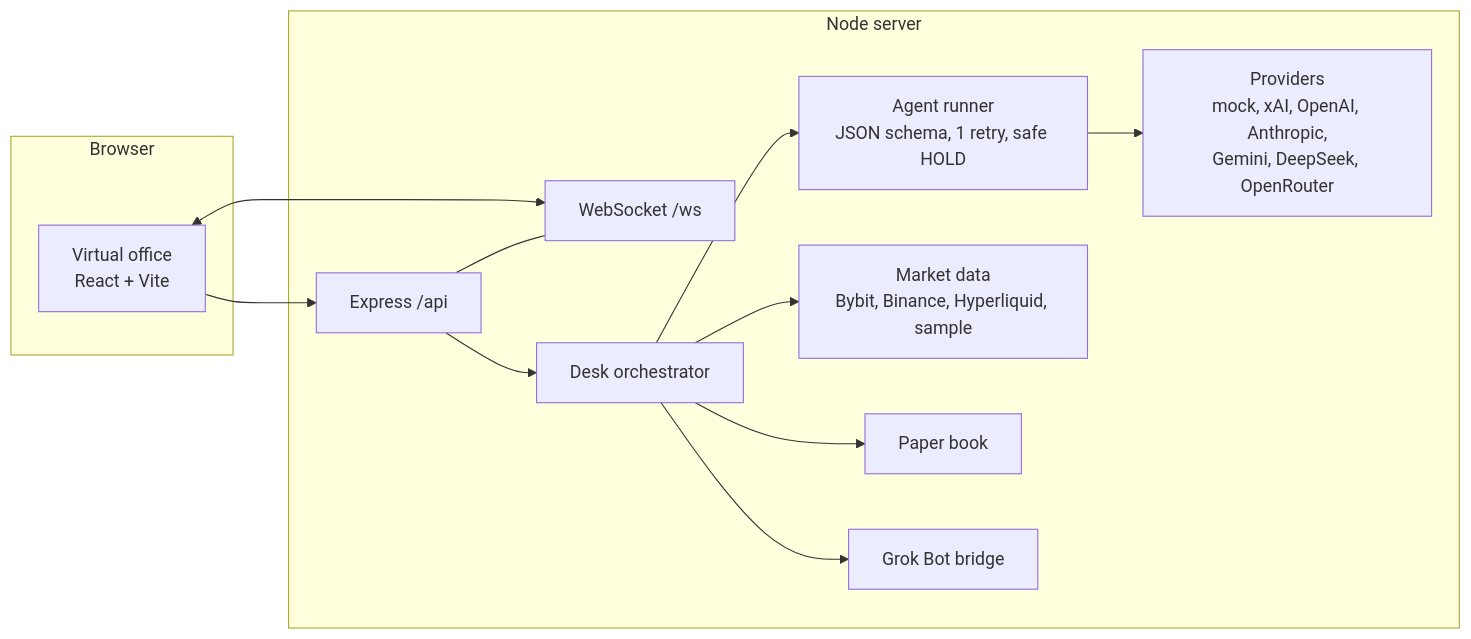
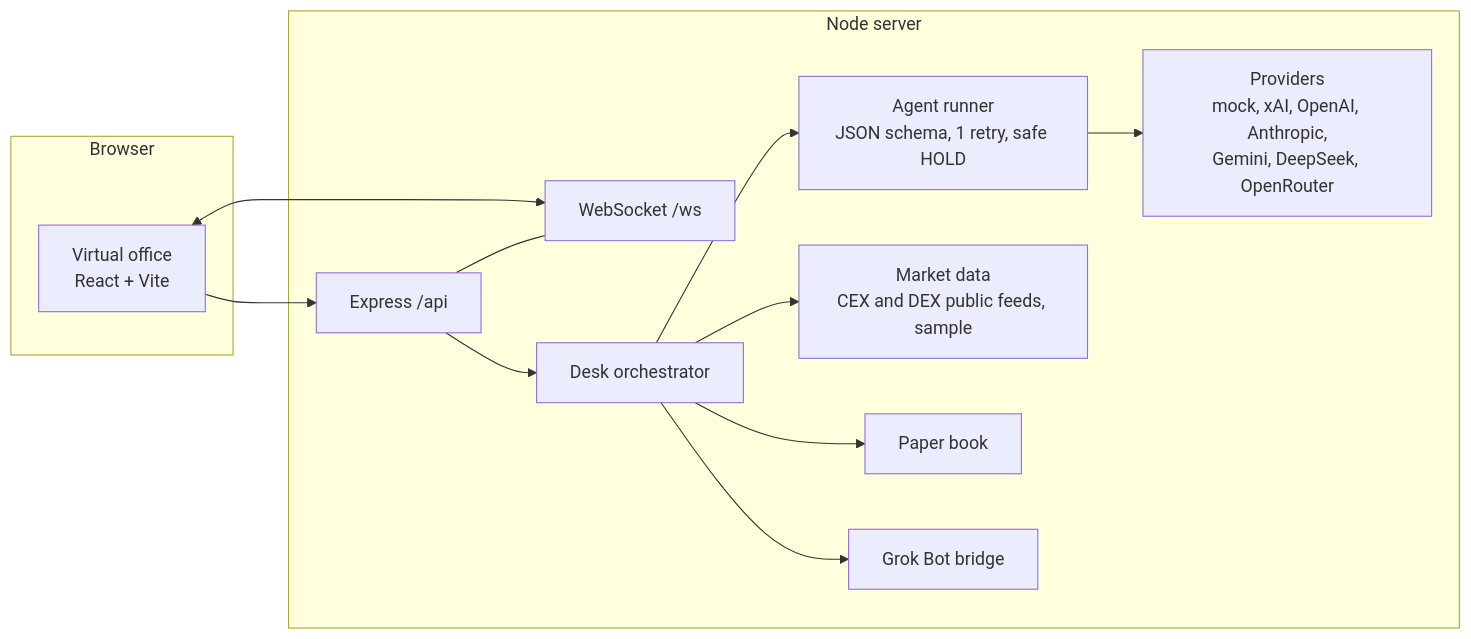
One commit to aabrur/trading-agent-mpu-gandring changed the second of 2 diagrams in README.md. Above: the diagram before and after it, drawn with Mermaid. The commit also changed other lines of this file and 48 other files, not shown here.

````diff
--- a/README.md
+++ b/README.md
@@ -209,17 +212,17 @@
 ```mermaid
 flowchart LR
     subgraph Browser
       UI[Virtual office<br/>React + Vite]
     end
     subgraph Server[Node server]
       API[Express /api] --- WS[WebSocket /ws]
       API --> Desk[Desk orchestrator]
       Desk --> Agents[Agent runner<br/>JSON schema, 1 retry, safe HOLD]
       Agents --> Prov[Providers<br/>mock, xAI, OpenAI, Anthropic,<br/>Gemini, DeepSeek, OpenRouter]
-      Desk --> Mkt[Market data<br/>Bybit, Binance, Hyperliquid, sample]
+      Desk --> Mkt[Market data<br/>CEX and DEX public feeds, sample]
       Desk --> Book[Paper book]
       Desk --> Bridge[Grok Bot bridge]
     end
     UI <--> WS
     UI --> API
 ```
````
